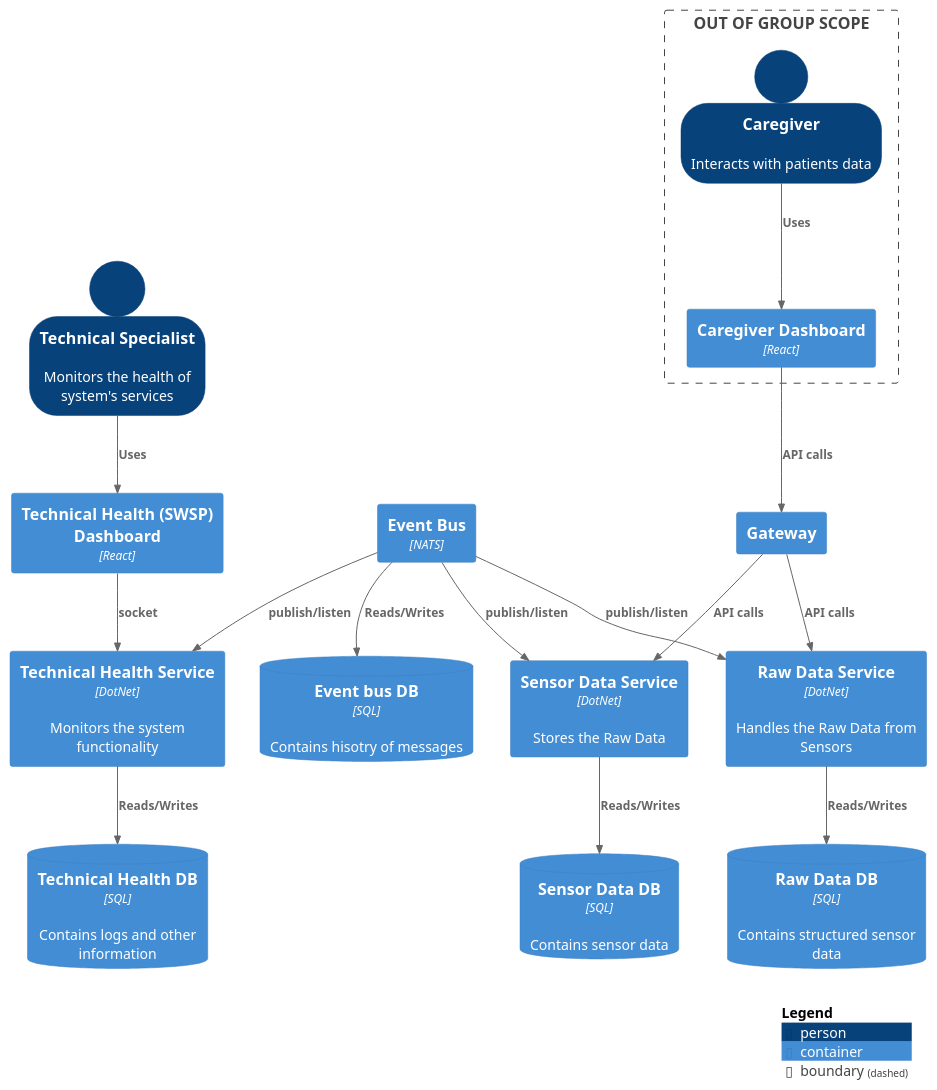
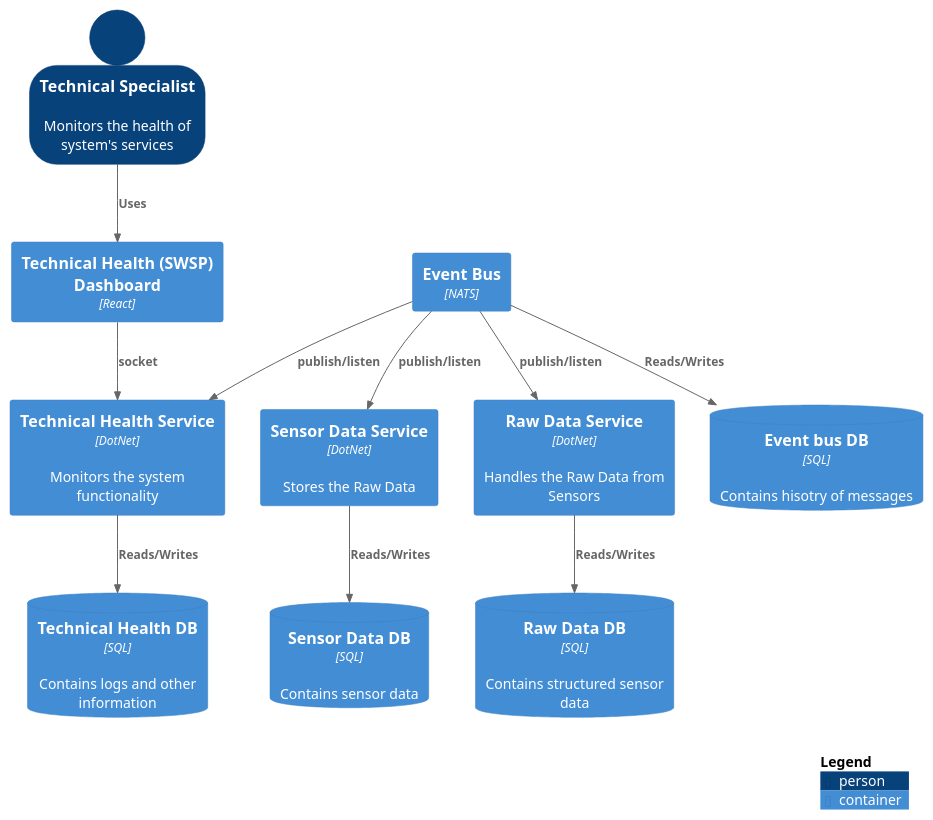
One commit to ivanovb3/Kwetter changed the diagram in architecture diagrams/group.puml. Above: the diagram before and after it, drawn with PlantUML. The commit also changed 18 other files, not shown here.

```diff
--- a/architecture diagrams/group.puml
+++ b/architecture diagrams/group.puml
@@ -1,42 +1,41 @@
 @startuml blogging_context
 !include https://raw.githubusercontent.com/plantuml-stdlib/C4-PlantUML/master/C4_Container.puml
 
 SHOW_PERSON_OUTLINE()
 
 Person(technical, "Technical Specialist", "Monitors the health of system's services")
 
 Container(thdash, "Technical Health (SWSP) Dashboard", "React", "")
-Container(gateway, "Gateway")
+' Container(gateway, "Gateway")
 
 Container(ths, "Technical Health Service", "DotNet", "Monitors the system functionality")
 Container(sds, "Sensor Data Service", "DotNet", "Stores the Raw Data")
 Container(rds, "Raw Data Service", "DotNet", "Handles the Raw Data from Sensors")
 Container(nats, "Event Bus", "NATS")
-Boundary(c1, "OUT OF GROUP SCOPE") {
-    Container(caredash, "Caregiver Dashboard", "React", "")
-    Person(caregiver, "Caregiver", "Interacts with patients data")
-}
+' Boundary(c1, "OUT OF GROUP SCOPE") {
+'     Container(caredash, "Caregiver Dashboard", "React", "")
+'     Person(caregiver, "Caregiver", "Interacts with patients data")
+' }
 ContainerDb(thdb, "Technical Health DB", "SQL", "Contains logs and other information")
 ContainerDb(sddb, "Sensor Data DB", "SQL", "Contains sensor data")
 ContainerDb(rddb, "Raw Data DB", "SQL", "Contains structured sensor data")
 ContainerDb(ebdb, "Event bus DB", "SQL", "Contains hisotry of messages")
 
-
 Rel(technical, thdash, "Uses")
-Rel(caregiver, caredash, "Uses")
+' Rel(caregiver, caredash, "Uses")
 Rel(thdash, ths, "socket")
-Rel(caredash, gateway, "API calls")
-Rel(gateway, rds, "API calls")
-Rel(gateway, sds, "API calls")
+' Rel(caredash, gateway, "API calls")
+' Rel(gateway, rds, "API calls")
+' Rel(gateway, sds, "API calls")
 Rel(nats, ebdb, "Reads/Writes")
 Rel(nats, ths, "publish/listen")
 Rel(nats, rds, "publish/listen")
 Rel(nats, sds, "publish/listen")
 
 Rel(ths, thdb, "Reads/Writes")
 Rel(sds, sddb, "Reads/Writes")
 Rel(rds, rddb, "Reads/Writes")
 
 SHOW_LEGEND()
 
 @enduml
```
